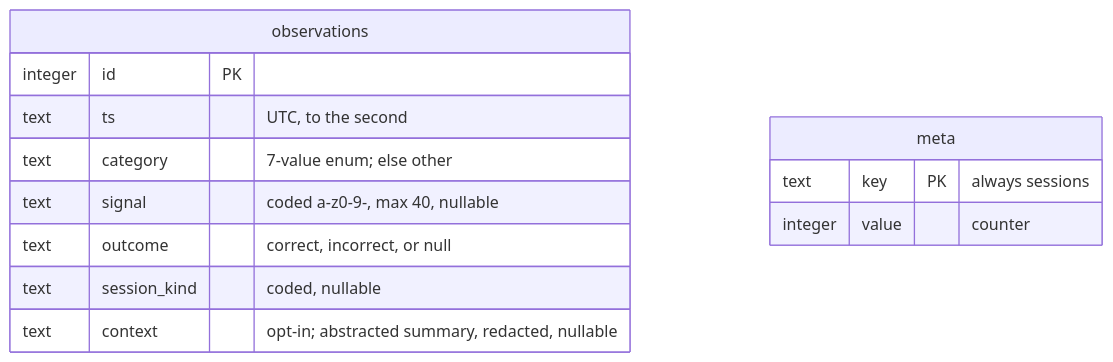
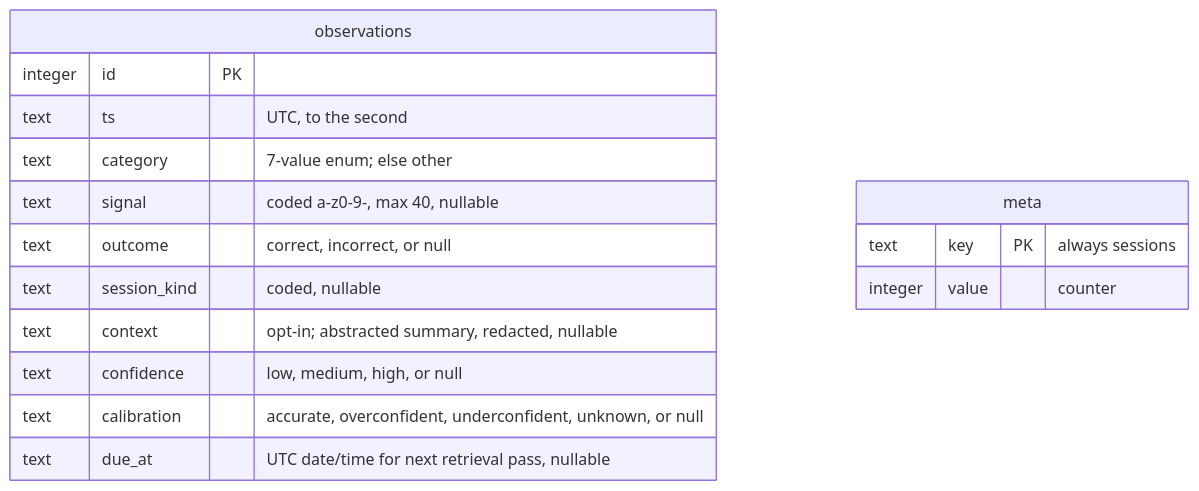
One commit to tvna/clairvoyance changed the first of 2 diagrams in docs/hooks.md. Above: the diagram before and after it, drawn with Mermaid. The commit also changed other lines of this file and 16 other files, not shown here.

````diff
--- a/docs/hooks.md
+++ b/docs/hooks.md
@@ -69,16 +69,19 @@
 ```mermaid
 erDiagram
     observations {
         integer id PK
         text ts "UTC, to the second"
         text category "7-value enum; else other"
         text signal "coded a-z0-9-, max 40, nullable"
         text outcome "correct, incorrect, or null"
         text session_kind "coded, nullable"
         text context "opt-in; abstracted summary, redacted, nullable"
+        text confidence "low, medium, high, or null"
+        text calibration "accurate, overconfident, underconfident, unknown, or null"
+        text due_at "UTC date/time for next retrieval pass, nullable"
     }
     meta {
         text key PK "always sessions"
         integer value "counter"
     }
 ```
````
